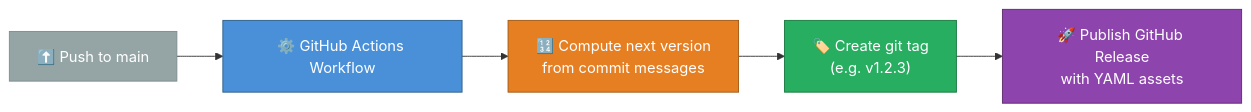
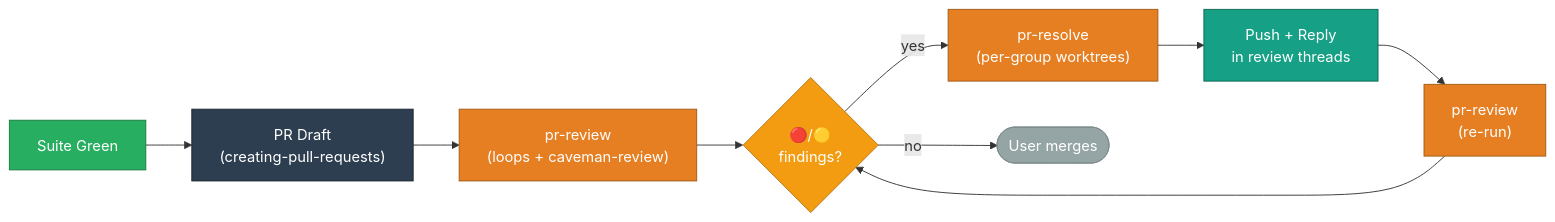
The fifth of 5 diagrams in README.md (weselben/RooForge), drawn with Mermaid before and after one commit. The commit also changed other lines of this file and 39 other files, not shown here.

````diff
--- a/README.md
+++ b/README.md
@@ -309,13 +166,20 @@
 ```mermaid
 flowchart LR
-    P["⬆️ Push to main"] --> W["⚙️ GitHub Actions Workflow"]
-    W --> V["🔢 Compute next version<br/>from commit messages"]
-    V --> T["🏷️ Create git tag<br/>(e.g. v1.2.3)"]
-    T --> R["🚀 Publish GitHub Release<br/>with YAML assets"]
-
-    style P fill:#95A5A6,color:#fff,stroke:#7F8C8D
-    style W fill:#4A90D9,color:#fff,stroke:#2C5F8A
-    style V fill:#E67E22,color:#fff,stroke:#A05A15
-    style T fill:#27AE60,color:#fff,stroke:#1A7A42
-    style R fill:#8E44AD,color:#fff,stroke:#5B2D6E
+    Verify["Suite Green"] --> PR["PR Draft<br/>(creating-pull-requests)"]
+    PR --> Review["pr-review<br/>(loops + caveman-review)"]
+    Review --> Findings{"🔴/🟡<br/>findings?"}
+    Findings -->|"yes"| Resolve["pr-resolve<br/>(per-group worktrees)"]
+    Resolve --> Push["Push + Reply<br/>in review threads"]
+    Push --> ReReview["pr-review<br/>(re-run)"]
+    ReReview --> Findings
+    Findings -->|"no"| Merge(["User merges"])
+    
+    style Verify fill:#27AE60,color:#fff,stroke:#1A7A42
+    style PR fill:#2C3E50,color:#fff,stroke:#1A252F
+    style Review fill:#E67E22,color:#fff,stroke:#A05A15
+    style Findings fill:#F39C12,color:#fff,stroke:#B8750E
+    style Resolve fill:#E67E22,color:#fff,stroke:#A05A15
+    style Push fill:#16A085,color:#fff,stroke:#0E6655
+    style ReReview fill:#E67E22,color:#fff,stroke:#A05A15
+    style Merge fill:#95A5A6,color:#fff,stroke:#7F8C8D
 ```
````
